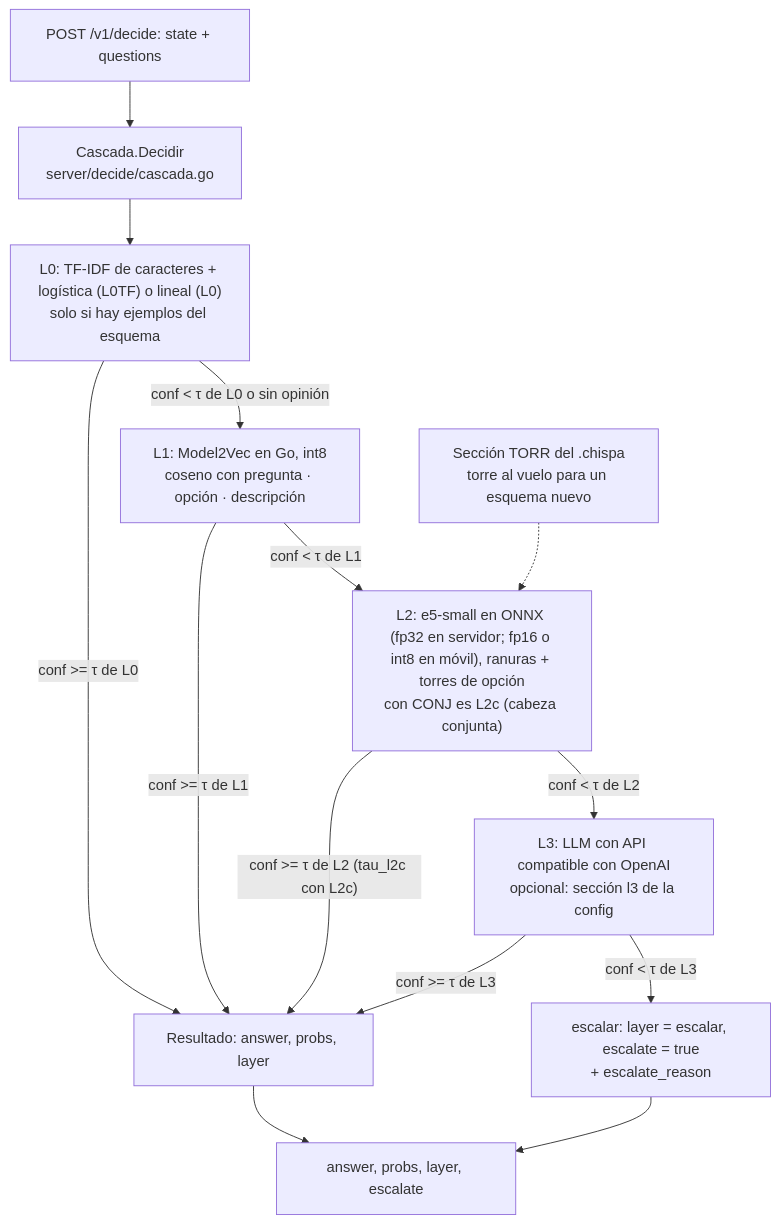
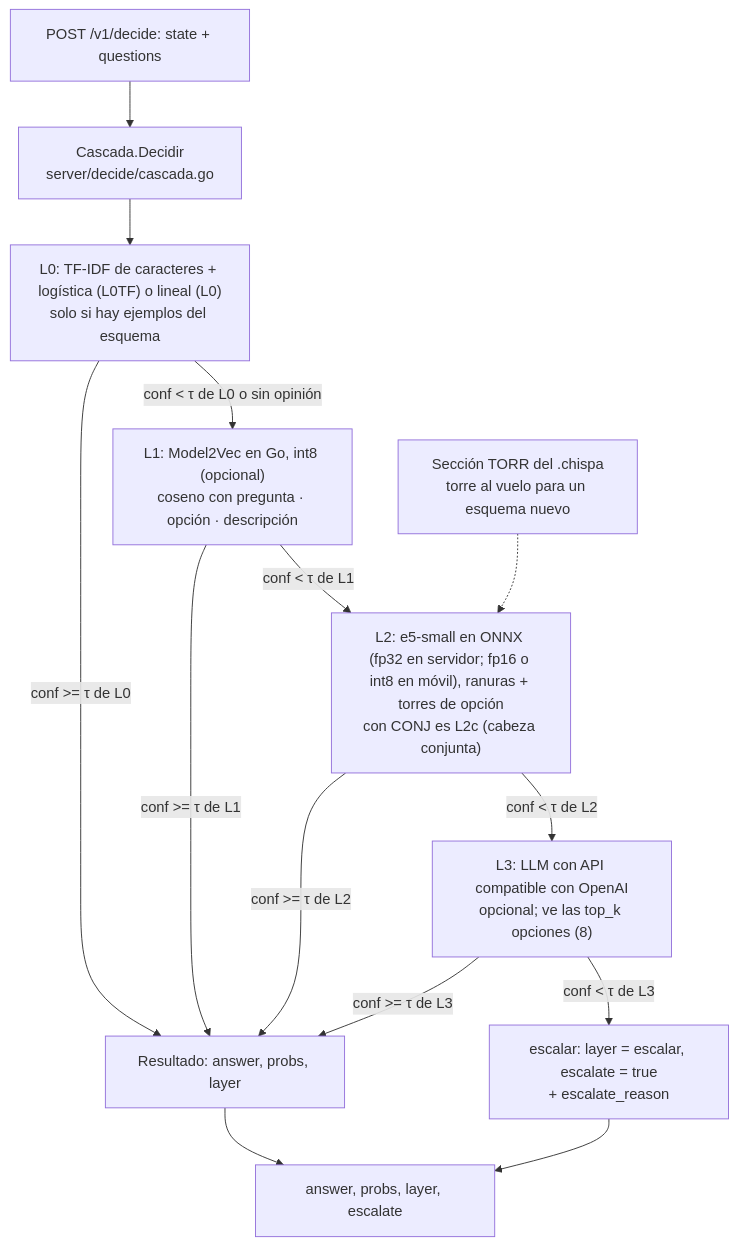
Before and after one commit to juan52878911/chispa: the first of 3 diagrams in README.md, drawn with Mermaid. The commit also changed other lines of this file, not shown here.

Commit message:
README: cabecera con el icono, para qué sirve hoy, inicio rápido, campos nuevos de la respuesta, hito 4, τ desde CALIB y de dónde viene (kindling)

````diff
--- a/README.md
+++ b/README.md
@@ -123,16 +172,16 @@
 ```mermaid
 flowchart TD
     P["POST /v1/decide: state + questions"] --> C["Cascada.Decidir<br/>server/decide/cascada.go"]
     C --> L0["L0: TF-IDF de caracteres + logística (L0TF) o lineal (L0)<br/>solo si hay ejemplos del esquema"]
     L0 -->|"conf >= τ de L0"| R["Resultado: answer, probs, layer"]
-    L0 -->|"conf < τ de L0 o sin opinión"| L1["L1: Model2Vec en Go, int8<br/>coseno con pregunta · opción · descripción"]
+    L0 -->|"conf < τ de L0 o sin opinión"| L1["L1: Model2Vec en Go, int8 (opcional)<br/>coseno con pregunta · opción · descripción"]
     L1 -->|"conf >= τ de L1"| R
     L1 -->|"conf < τ de L1"| L2["L2: e5-small en ONNX (fp32 en servidor; fp16 o int8 en móvil), ranuras + torres de opción<br/>con CONJ es L2c (cabeza conjunta)"]
     TORR["Sección TORR del .chispa<br/>torre al vuelo para un esquema nuevo"] -.-> L2
-    L2 -->|"conf >= τ de L2 (tau_l2c con L2c)"| R
-    L2 -->|"conf < τ de L2"| L3["L3: LLM con API compatible con OpenAI<br/>opcional: sección l3 de la config"]
+    L2 -->|"conf >= τ de L2"| R
+    L2 -->|"conf < τ de L2"| L3["L3: LLM con API compatible con OpenAI<br/>opcional; ve las top_k opciones (8)"]
     L3 -->|"conf >= τ de L3"| R
     L3 -->|"conf < τ de L3"| E["escalar: layer = escalar, escalate = true<br/>+ escalate_reason"]
     R --> OUT["answer, probs, layer, escalate"]
     E --> OUT
 ```
````
